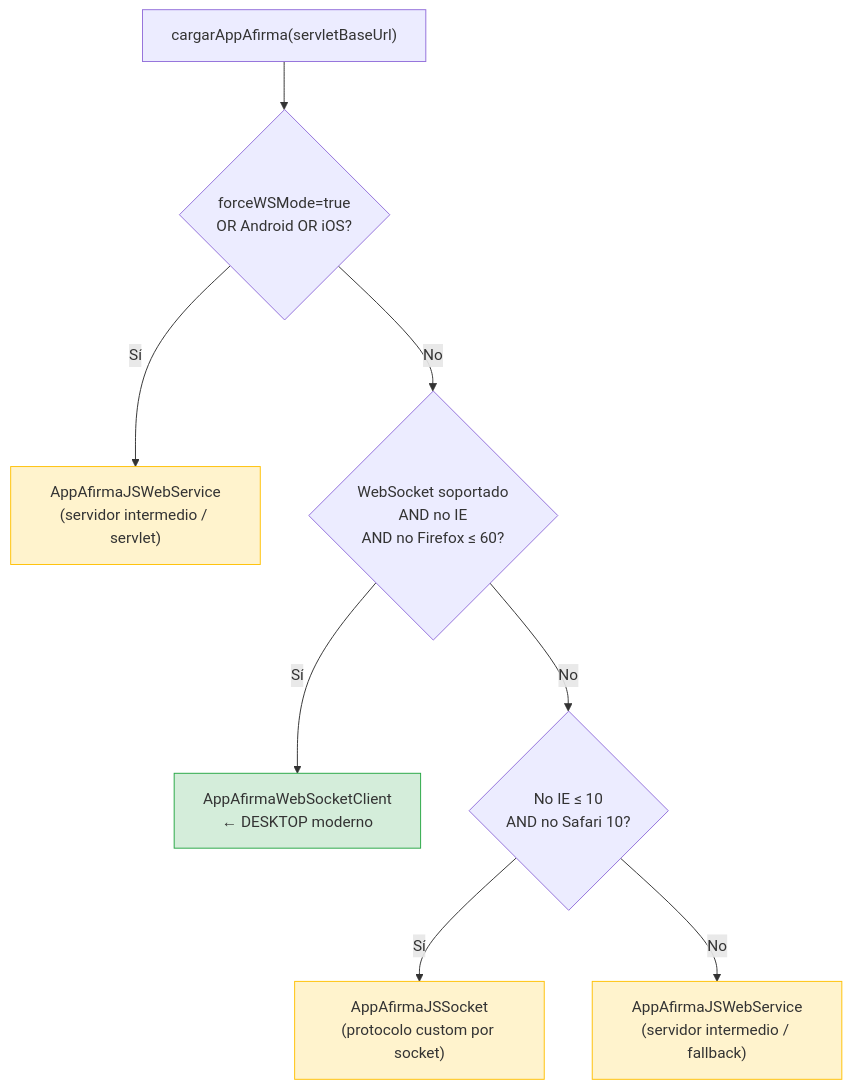
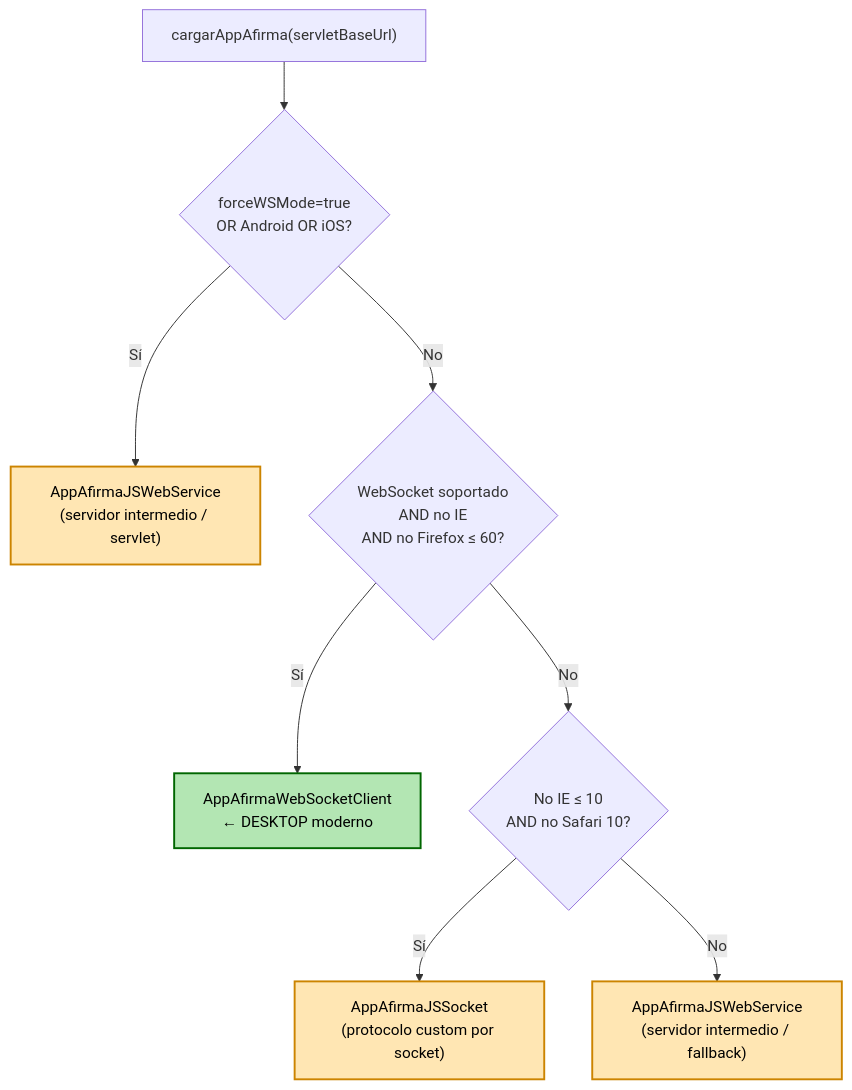
The first of 5 diagrams in docs/AUTOSCRIPT_FLOW.md (JosePadilla98/glovalsign-signer), drawn with Mermaid before and after one commit.

Commit message:
style: update flowchart styles in AUTOSCRIPT_FLOW.md for better visibility

````diff
--- a/docs/AUTOSCRIPT_FLOW.md
+++ b/docs/AUTOSCRIPT_FLOW.md
@@ -15,15 +15,15 @@
 ```mermaid
 flowchart TD
     A["cargarAppAfirma(servletBaseUrl)"] --> B{"forceWSMode=true\nOR Android OR iOS?"}
     B -- Sí --> WS["AppAfirmaJSWebService\n(servidor intermedio / servlet)"]
     B -- No --> C{"WebSocket soportado\nAND no IE\nAND no Firefox ≤ 60?"}
     C -- Sí --> D["AppAfirmaWebSocketClient\n← DESKTOP moderno"]
     C -- No --> E{"No IE ≤ 10\nAND no Safari 10?"}
     E -- Sí --> F["AppAfirmaJSSocket\n(protocolo custom por socket)"]
     E -- No --> G["AppAfirmaJSWebService\n(servidor intermedio / fallback)"]
 
-    style D fill:#d4edda,stroke:#28a745
-    style WS fill:#fff3cd,stroke:#ffc107
-    style G fill:#fff3cd,stroke:#ffc107
-    style F fill:#fff3cd,stroke:#ffc107
+    style D fill:#b3e6b3,stroke:#006600,stroke-width:2px,color:#000000
+    style WS fill:#ffe6b3,stroke:#cc8400,stroke-width:2px,color:#000000
+    style G fill:#ffe6b3,stroke:#cc8400,stroke-width:2px,color:#000000
+    style F fill:#ffe6b3,stroke:#cc8400,stroke-width:2px,color:#000000
 ```
````
